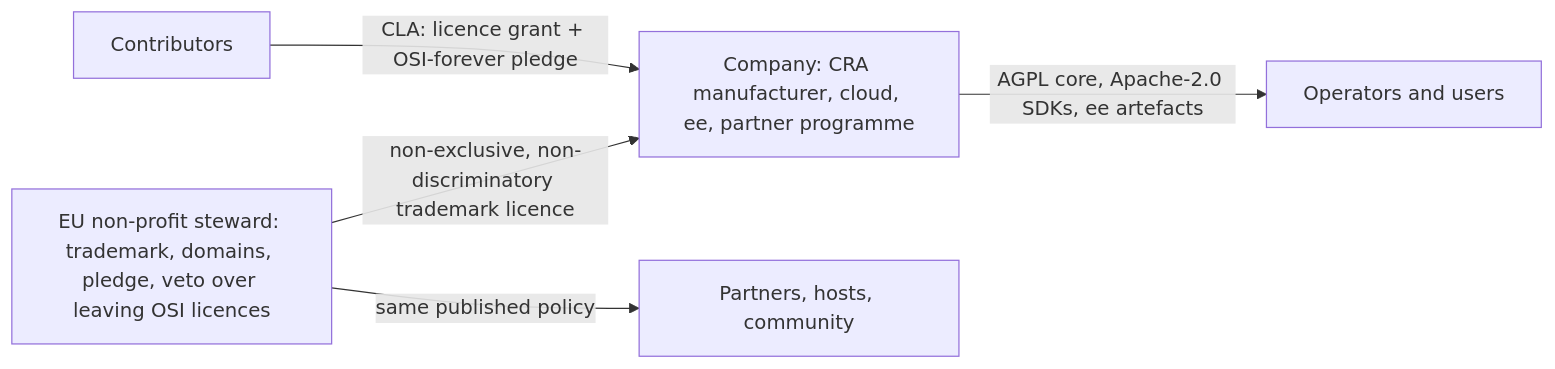
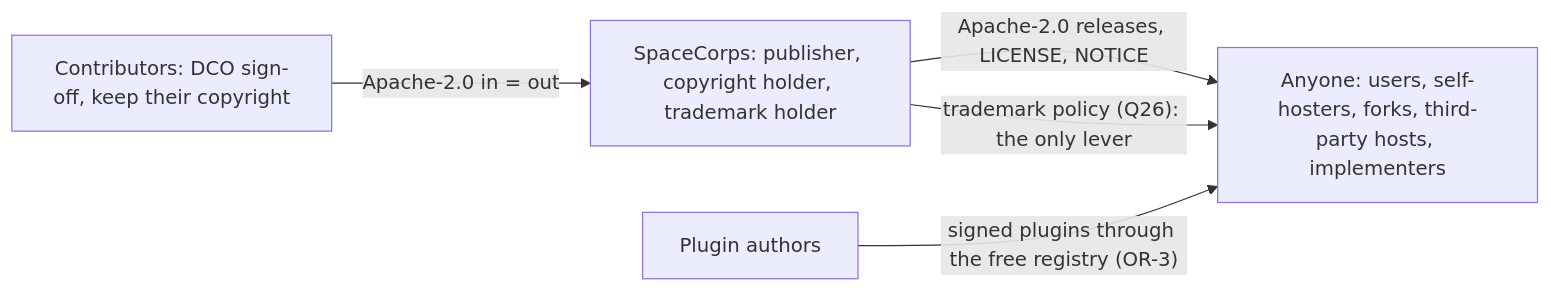
The diagram in docs/BUSINESS.md (SpaceCorps/obop), drawn with Mermaid before and after one commit. The commit also changed other lines of this file and 8 other files, not shown here.

````diff
--- a/docs/BUSINESS.md
+++ b/docs/BUSINESS.md
@@ -127,7 +134,7 @@
 ```mermaid
 flowchart LR
-  C["Contributors"] -- "CLA: licence grant + OSI-forever pledge" --> CO["Company: CRA manufacturer, cloud, ee, partner programme"]
-  ST["EU non-profit steward: trademark, domains, pledge, veto over leaving OSI licences"] -- "non-exclusive, non-discriminatory trademark licence" --> CO
-  ST -- "same published policy" --> P["Partners, hosts, community"]
-  CO -- "AGPL core, Apache-2.0 SDKs, ee artefacts" --> U["Operators and users"]
+  C["Contributors: DCO sign-off, keep their copyright"] -- "Apache-2.0 in = out" --> S["SpaceCorps: publisher, copyright holder, trademark holder"]
+  S -- "Apache-2.0 releases, LICENSE, NOTICE" --> U["Anyone: users, self-hosters, forks, third-party hosts, implementers"]
+  S -- "trademark policy (Q26): the only lever" --> U
+  P["Plugin authors"] -- "signed plugins through the free registry (OR-3)" --> U
 ```
````
